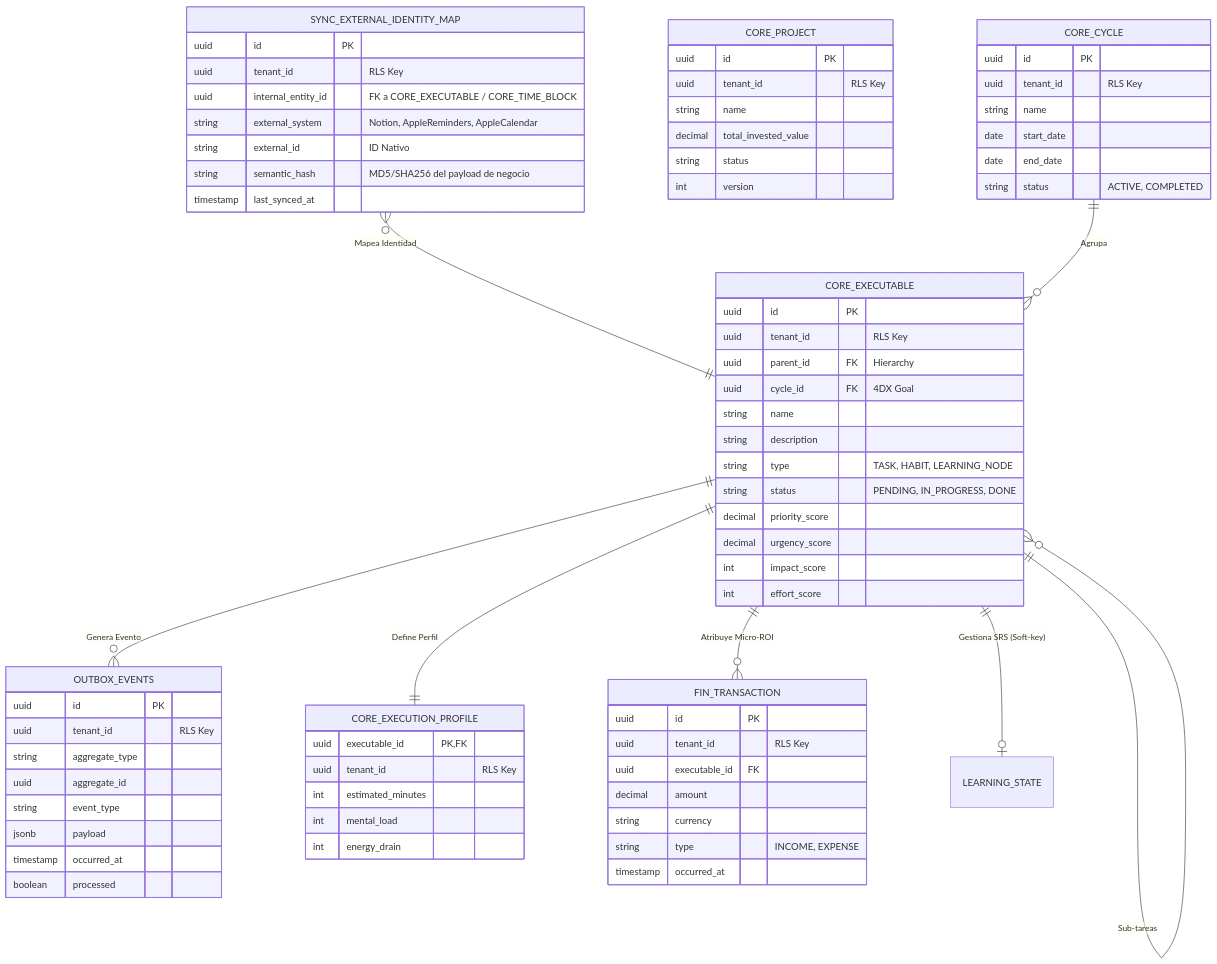
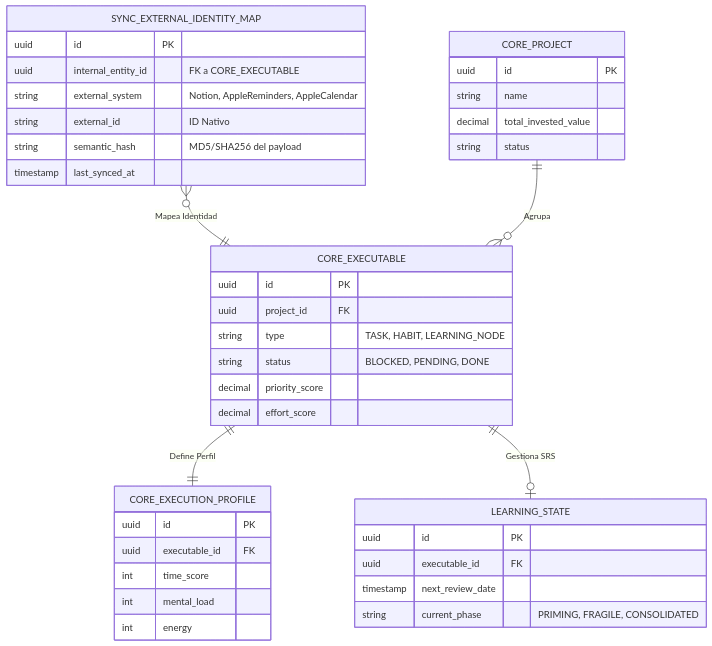
One commit to dacaitac/HyperBrain-be changed the diagram in README.md. Above: the diagram before and after it, drawn with Mermaid. The commit also changed other lines of this file and 272 other files, not shown here.

First line of the commit message:
feat: refactor to hexagonal modular architecture and enhance sync module

````diff
--- a/README.md
+++ b/README.md
@@ -11,86 +49,50 @@
 ```mermaid
 erDiagram
-    %% === GLOBAL / SHARED ===
-    OUTBOX_EVENTS {
-        uuid id PK
-        uuid tenant_id "RLS Key"
-        string aggregate_type
-        uuid aggregate_id
-        string event_type
-        jsonb payload
-        timestamp occurred_at
-        boolean processed
-    }
-
-    %% === SYNC ENGINE (sync_schema) ===
+    %% === SYNC ENGINE (Identity Map) ===
     SYNC_EXTERNAL_IDENTITY_MAP {
         uuid id PK
-        uuid tenant_id "RLS Key"
-        uuid internal_entity_id "FK a CORE_EXECUTABLE / CORE_TIME_BLOCK"
+        uuid internal_entity_id "FK a CORE_EXECUTABLE"
         string external_system "Notion, AppleReminders, AppleCalendar"
         string external_id "ID Nativo"
-        string semantic_hash "MD5/SHA256 del payload de negocio"
+        string semantic_hash "MD5/SHA256 del payload"
         timestamp last_synced_at
     }
 
-    %% === CORE EXECUTION (core_schema) ===
+    %% === CORE EXECUTION & COGNITIVE ===
     CORE_PROJECT {
         uuid id PK
-        uuid tenant_id "RLS Key"
         string name
         decimal total_invested_value
         string status
-        int version
     }
 
     CORE_EXECUTABLE {
         uuid id PK
-        uuid tenant_id "RLS Key"
-        uuid parent_id FK "Hierarchy"
-        uuid cycle_id FK "4DX Goal"
-        string name
-        string description
+        uuid project_id FK
         string type "TASK, HABIT, LEARNING_NODE"
-        string status "PENDING, IN_PROGRESS, DONE"
+        string status "BLOCKED, PENDING, DONE"
         decimal priority_score
-        decimal urgency_score
-        int impact_score
-        int effort_score
-    }
-
-    CORE_CYCLE {
-        uuid id PK
-        uuid tenant_id "RLS Key"
-        string name
-        date start_date
-        date end_date
-        string status "ACTIVE, COMPLETED"
+        decimal effort_score
     }
 
     CORE_EXECUTION_PROFILE {
-        uuid executable_id PK, FK
-        uuid tenant_id "RLS Key"
-        int estimated_minutes
+        uuid id PK
+        uuid executable_id FK
+        int time_score
         int mental_load
-        int energy_drain
+        int energy
     }
 
-    FIN_TRANSACTION {
+    LEARNING_STATE {
         uuid id PK
-        uuid tenant_id "RLS Key"
         uuid executable_id FK
-        decimal amount
-        string currency
-        string type "INCOME, EXPENSE"
-        timestamp occurred_at
+        timestamp next_review_date
+        string current_phase "PRIMING, FRAGILE, CONSOLIDATED"
     }
 
     %% RELACIONES
     SYNC_EXTERNAL_IDENTITY_MAP }o--|| CORE_EXECUTABLE : "Mapea Identidad"
-    CORE_CYCLE ||--o{ CORE_EXECUTABLE : "Agrupa"
-    CORE_EXECUTABLE ||--o{ CORE_EXECUTABLE : "Sub-tareas"
+    CORE_PROJECT ||--o{ CORE_EXECUTABLE : "Agrupa"
     CORE_EXECUTABLE ||--|| CORE_EXECUTION_PROFILE : "Define Perfil"
-    CORE_EXECUTABLE ||--o{ FIN_TRANSACTION : "Atribuye Micro-ROI"
-    CORE_EXECUTABLE ||--o| LEARNING_STATE : "Gestiona SRS (Soft-key)"
-    CORE_EXECUTABLE ||--o{ OUTBOX_EVENTS : "Genera Evento"
+    CORE_EXECUTABLE ||--o| LEARNING_STATE : "Gestiona SRS"
 ```
````
